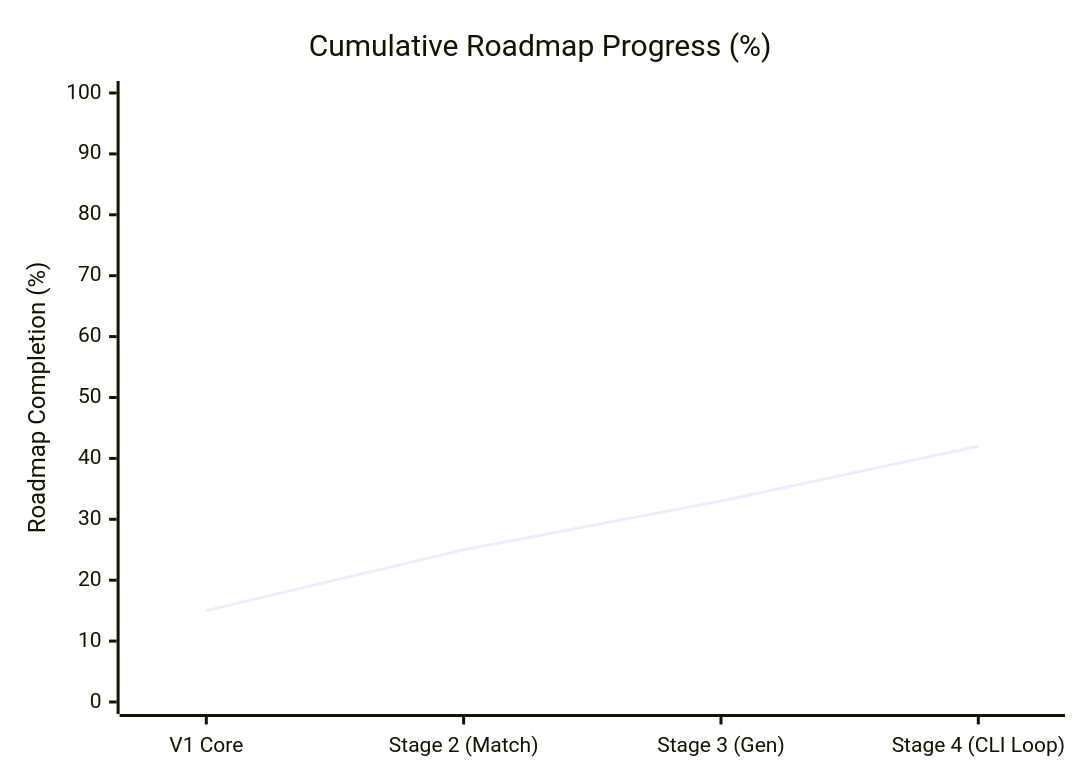
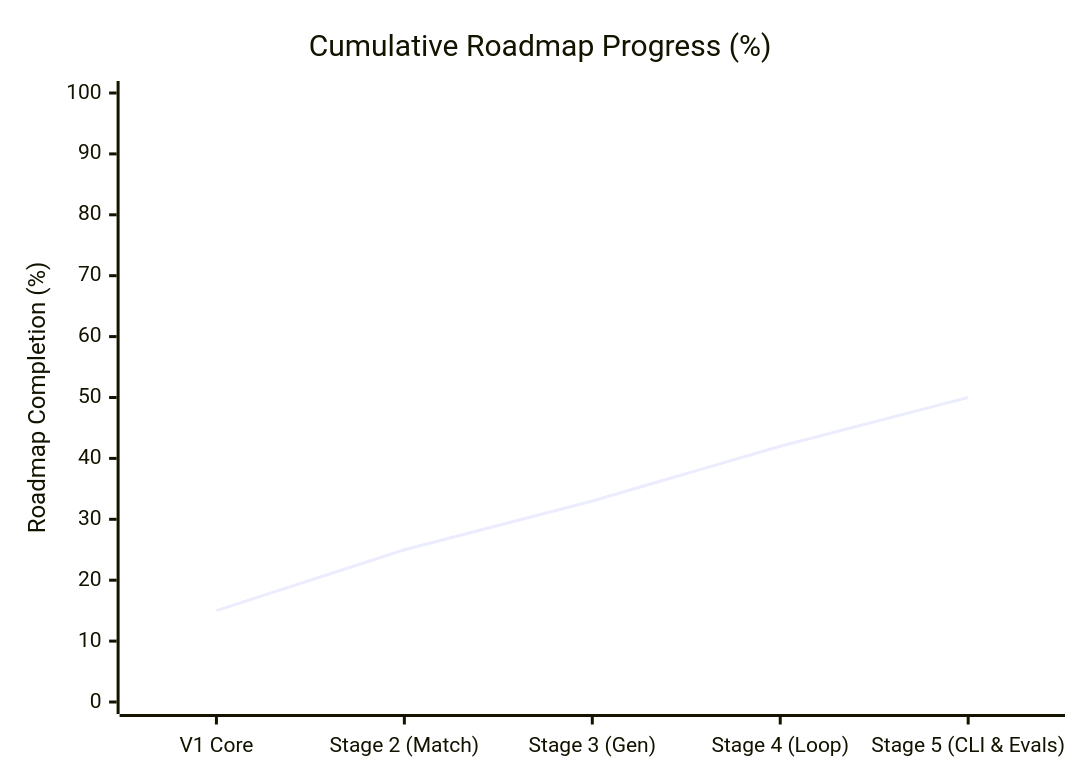
One commit to Rx4445/job-agent- changed the third of 3 diagrams in METRICS.md. Above: the diagram before and after it, drawn with Mermaid. The commit also changed other lines of this file and 5 other files, not shown here.

Commit message:
feat: implement stage 5 agent decision benchmark and interactive cli copilot

````diff
--- a/METRICS.md
+++ b/METRICS.md
@@ -28,7 +28,7 @@
 ```mermaid
 xychart-beta
     title "Cumulative Roadmap Progress (%)"
-    x-axis ["V1 Core", "Stage 2 (Match)", "Stage 3 (Gen)", "Stage 4 (CLI Loop)"]
+    x-axis ["V1 Core", "Stage 2 (Match)", "Stage 3 (Gen)", "Stage 4 (Loop)", "Stage 5 (CLI & Evals)"]
     y-axis "Roadmap Completion (%)" 0 --> 100
-    line [15, 25, 33, 42]
+    line [15, 25, 33, 42, 50]
 ```
````
